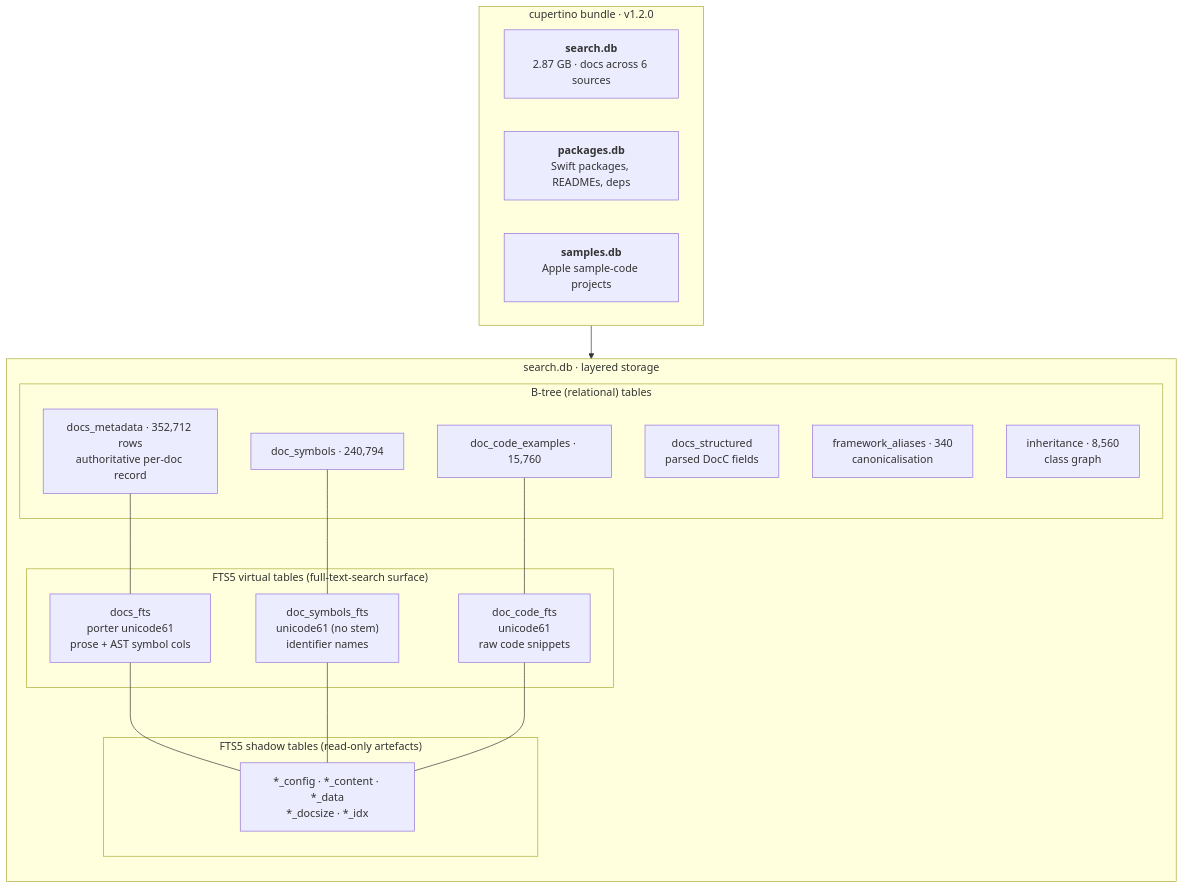
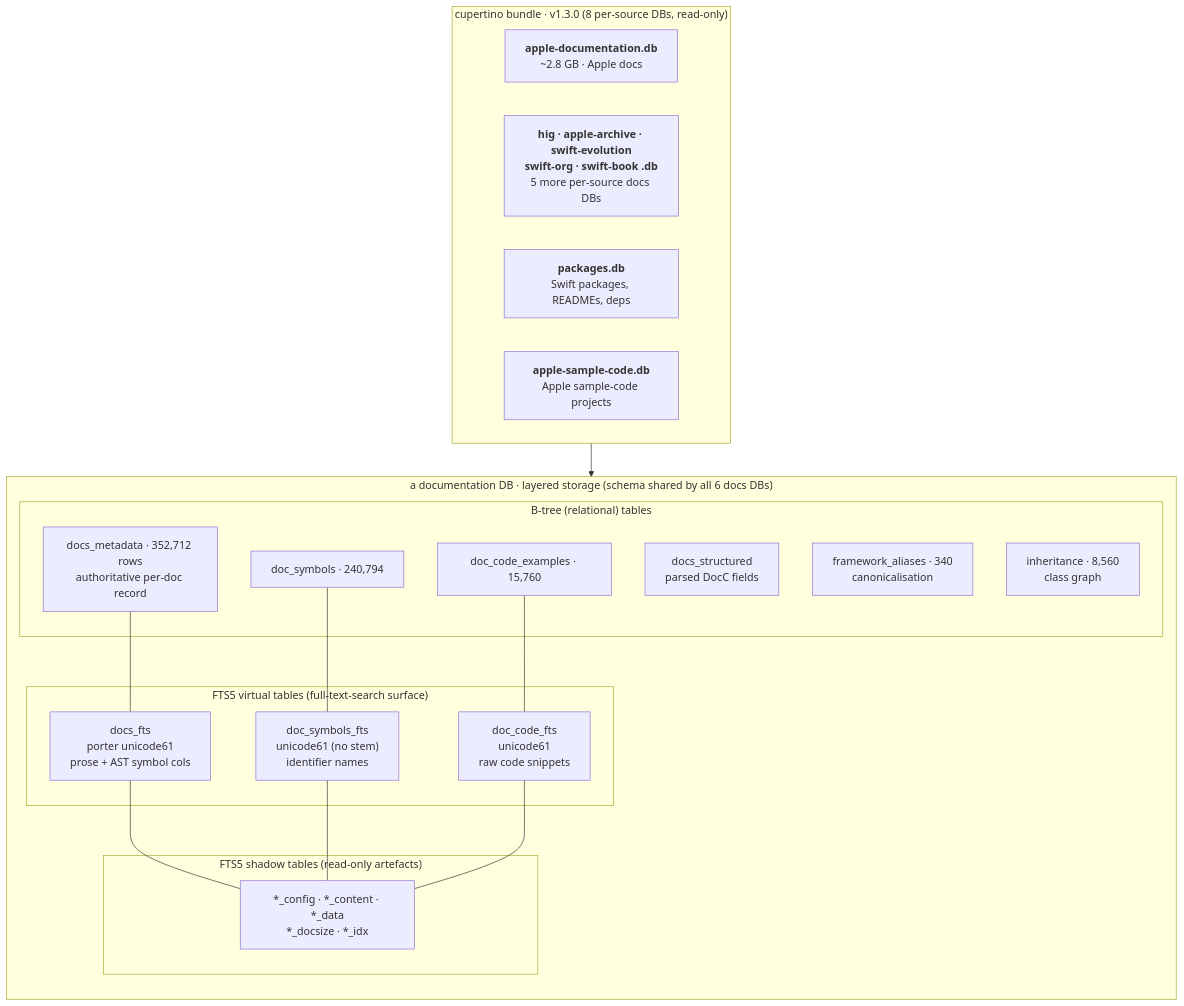
Before and after one commit to mihaelamj/cupertino: the first of 2 diagrams in docs/architecture/database.md, drawn with Mermaid. The commit also changed other lines of this file and 15 other files, not shown here.

First line of the commit message:
docs: align architecture + artifact docs with the v1.3.0 per-source split

````diff
--- a/docs/architecture/database.md
+++ b/docs/architecture/database.md
@@ -39,37 +44,38 @@
 ```mermaid
 flowchart TB
-    subgraph Bundle["cupertino bundle · v1.2.0"]
+    subgraph Bundle["cupertino bundle · v1.3.0 (8 per-source DBs, read-only)"]
         direction LR
-        SDB["<b>search.db</b><br/>2.87 GB · docs across 6 sources"]
+        SDB["<b>apple-documentation.db</b><br/>~2.8 GB · Apple docs"]
+        ODB["<b>hig · apple-archive · swift-evolution<br/>swift-org · swift-book .db</b><br/>5 more per-source docs DBs"]
         PDB["<b>packages.db</b><br/>Swift packages, READMEs, deps"]
-        XDB["<b>samples.db</b><br/>Apple sample-code projects"]
+        XDB["<b>apple-sample-code.db</b><br/>Apple sample-code projects"]
     end
 
-    subgraph SearchDB["search.db · layered storage"]
+    subgraph SearchDB["a documentation DB · layered storage (schema shared by all 6 docs DBs)"]
         direction TB
         subgraph Relational["B-tree (relational) tables"]
             DM["docs_metadata · 352,712 rows<br/>authoritative per-doc record"]
             DS["docs_structured<br/>parsed DocC fields"]
             FA["framework_aliases · 340<br/>canonicalisation"]
             IN["inheritance · 8,560<br/>class graph"]
             CE["doc_code_examples · 15,760"]
             SY["doc_symbols · 240,794"]
         end
         subgraph FTS["FTS5 virtual tables (full-text-search surface)"]
             DF["docs_fts<br/>porter unicode61<br/>prose + AST symbol cols"]
             SF["doc_symbols_fts<br/>unicode61 (no stem)<br/>identifier names"]
             CF["doc_code_fts<br/>unicode61<br/>raw code snippets"]
         end
         subgraph Shadow["FTS5 shadow tables (read-only artefacts)"]
             SH["*_config · *_content · *_data<br/>*_docsize · *_idx"]
         end
         DM --- DF
         SY --- SF
         CE --- CF
         DF --- SH
         SF --- SH
         CF --- SH
     end
 
     SDB --> SearchDB
 ```
````
